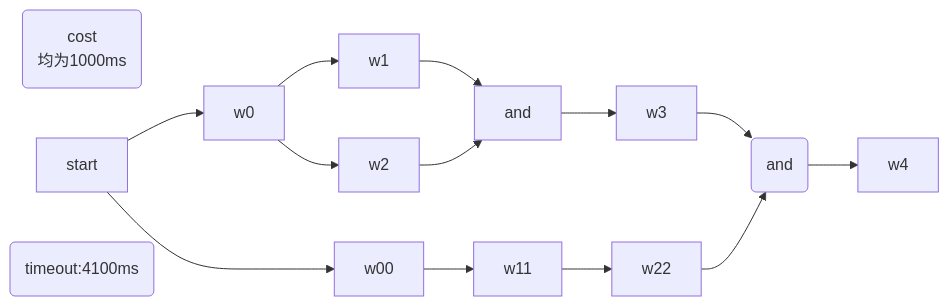
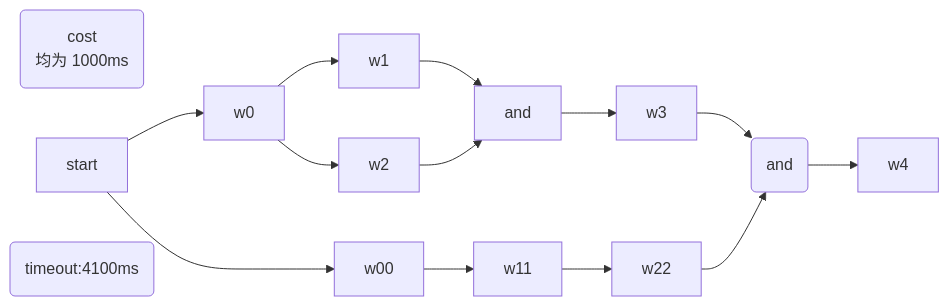
Before and after one commit to xiaoso456/notes: the eighth of 11 diagrams in docs/Java/其他工具/AsyncTool.md, drawn with Mermaid. The commit also changed other lines of this file and 48 other files, not shown here.

````diff
--- a/docs/Java/其他工具/AsyncTool.md
+++ b/docs/Java/其他工具/AsyncTool.md
@@ -862,22 +877,22 @@
 ```mermaid
 graph LR
     w0 --> w1
     w0 --> w2
     w1-->and
     w2-->and
     and-->w3
     w3-->and2(and)
     
     w00-->w11
     w11-->w22
     w22-->and2
     
     and2-->w4
 
 
-    note2(cost\n均为1000ms)
+    note2(cost\n 均为 1000ms)
 
 start --> w0
 start --> w00
 noteAll(timeout:4100ms)
 ```
````
